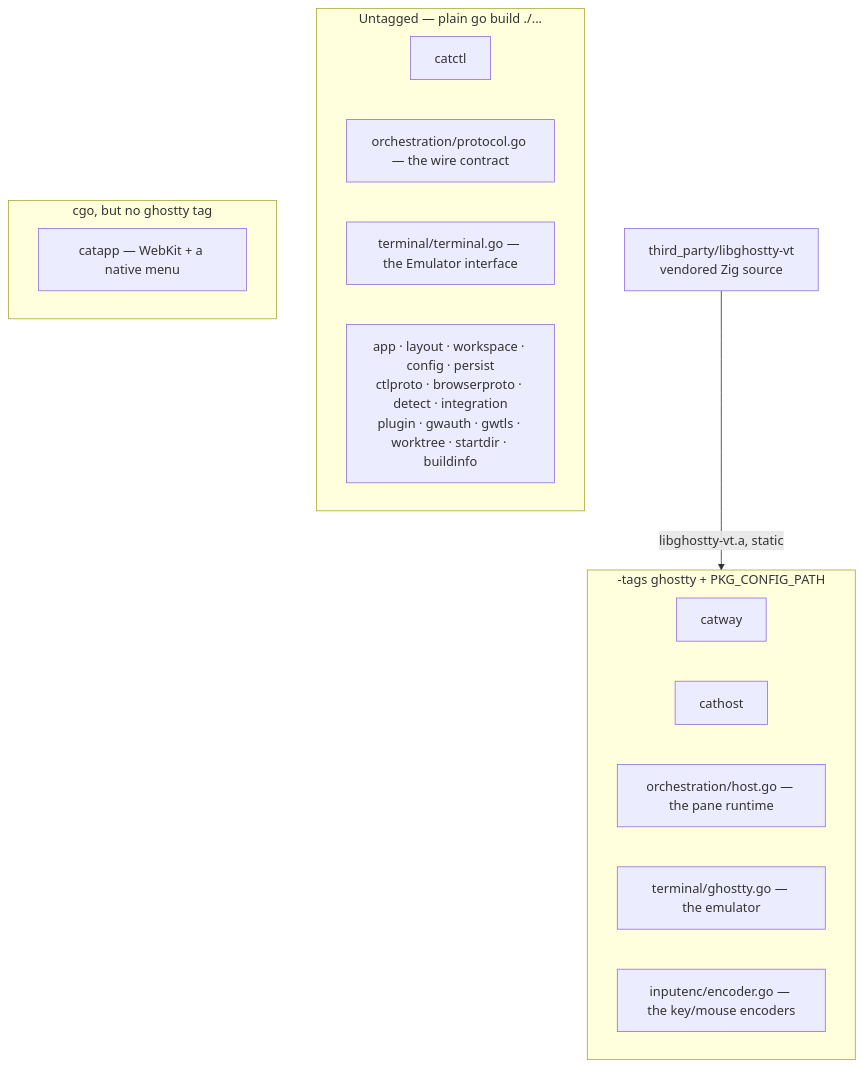
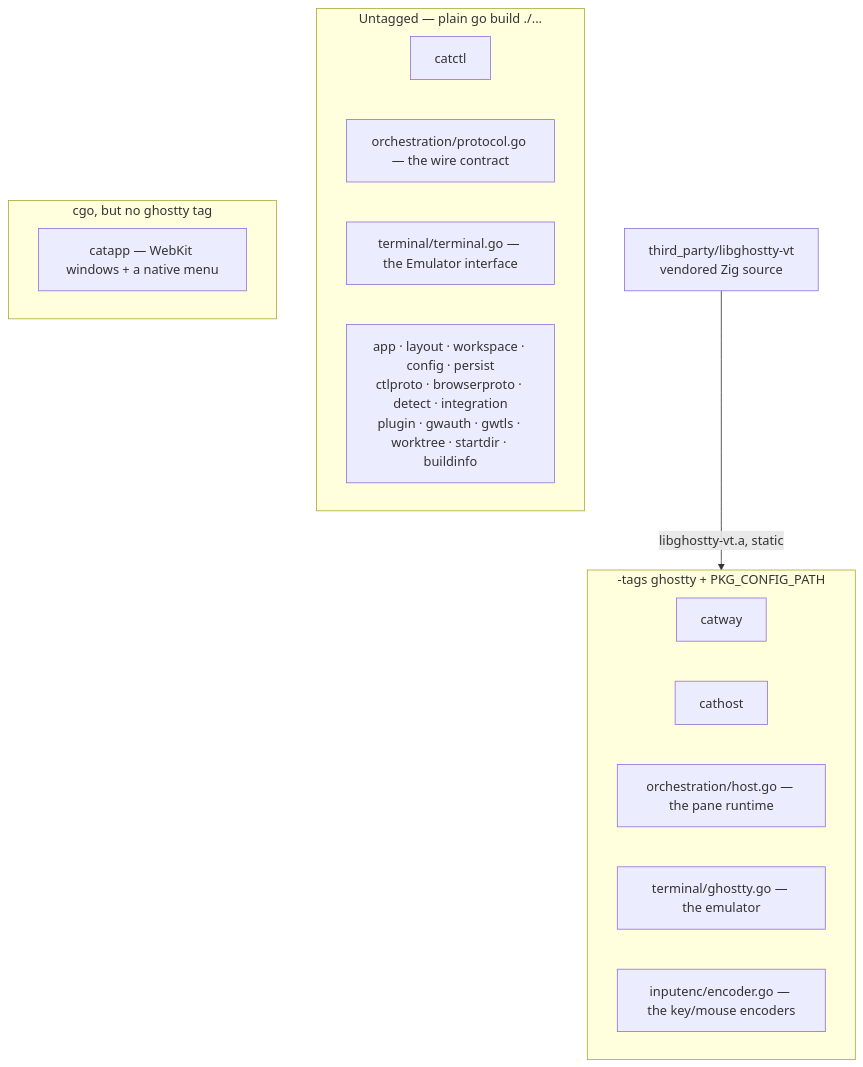
Before and after one commit to rohanthewiz/cats: the first of 5 diagrams in docs/reference/build-and-packaging.md, drawn with Mermaid. The commit also changed other lines of this file and 44 other files, not shown here.

````diff
--- a/docs/reference/build-and-packaging.md
+++ b/docs/reference/build-and-packaging.md
@@ -5,24 +5,24 @@
 ```mermaid
 flowchart TB
   subgraph plain["Untagged — plain go build ./..."]
     P1["catctl"]
     P2["orchestration/protocol.go — the wire contract"]
     P3["terminal/terminal.go — the Emulator interface"]
     P4["app · layout · workspace · config · persist<br/>ctlproto · browserproto · detect · integration<br/>plugin · gwauth · gwtls · worktree · startdir · buildinfo"]
   end
 
   subgraph tagged["-tags ghostty + PKG_CONFIG_PATH"]
     T1["catway"]
     T2["cathost"]
     T3["orchestration/host.go — the pane runtime"]
     T4["terminal/ghostty.go — the emulator"]
     T5["inputenc/encoder.go — the key/mouse encoders"]
   end
 
   subgraph cgoonly["cgo, but no ghostty tag"]
-    C1["catapp — WebKit + a native menu"]
+    C1["catapp — WebKit windows + a native menu"]
   end
 
   VT["third_party/libghostty-vt<br/>vendored Zig source"]
   VT -->|"libghostty-vt.a, static"| tagged
 ```
````
